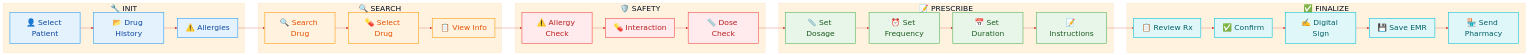
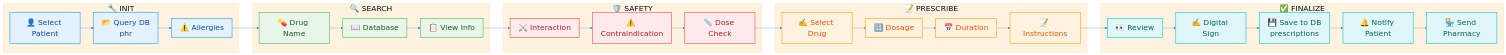
The diagram in Presentations/diagrams/07-prescribing-workflow.mmd (chiraleo2000/Isara-Anywhere), drawn with Mermaid before and after one commit. The commit also changed other lines of this file and 185 other files, not shown here.

```diff
--- a/Presentations/diagrams/07-prescribing-workflow.mmd
+++ b/Presentations/diagrams/07-prescribing-workflow.mmd
@@ -1,82 +1,67 @@
 %%{init: {
   'theme': 'base',
   'themeVariables': {
-    'primaryColor': '#FFEBEE',
-    'primaryTextColor': '#B71C1C',
-    'primaryBorderColor': '#F44336',
-    'lineColor': '#D32F2F',
+    'primaryColor': '#E3F2FD',
+    'primaryTextColor': '#0D47A1',
+    'primaryBorderColor': '#2196F3',
+    'lineColor': '#1976D2',
     'secondaryColor': '#E8F5E9',
     'tertiaryColor': '#FFF3E0',
     'fontSize': '28px',
     'fontFamily': 'Segoe UI, Arial'
   }
 }}%%
 
 flowchart LR
     subgraph INIT["🔧 INIT"]
         A1["👤 Select Patient"]
-        A2["📂 Drug History"]
+        A2["📂 Query DB<br/>phr"]
         A3["⚠️ Allergies"]
     end
 
     subgraph SEARCH["🔍 SEARCH"]
-        B1["🔍 Search Drug"]
-        B2["💊 Select Drug"]
+        B1["💊 Drug Name"]
+        B2["📖 Database"]
         B3["📋 View Info"]
     end
 
     subgraph SAFETY["🛡️ SAFETY"]
-        C1["⚠️ Allergy Check"]
-        C2["💊 Interaction"]
+        C1["⚔️ Interaction"]
+        C2["⚠️ Contraindication"]
         C3["📏 Dose Check"]
     end
 
     subgraph PRESCRIBE["📝 PRESCRIBE"]
-        D1["📏 Set Dosage"]
-        D2["⏰ Set Frequency"]
-        D3["📅 Set Duration"]
+        D1["✍️ Select Drug"]
+        D2["🔢 Dosage"]
+        D3["📅 Duration"]
         D4["📝 Instructions"]
     end
 
     subgraph FINALIZE["✅ FINALIZE"]
-        E1["📋 Review Rx"]
-        E2["✅ Confirm"]
-        E3["✍️ Digital Sign"]
-        E4["💾 Save EMR"]
+        E1["👀 Review"]
+        E2["✍️ Digital Sign"]
+        E3["💾 Save to DB<br/>prescriptions"]
+        E4["🔔 Notify Patient"]
         E5["🏪 Send Pharmacy"]
     end
 
     %% Linear flow
     A1 --> A2 --> A3
     A3 --> B1 --> B2 --> B3
     B3 --> C1 --> C2 --> C3
     C3 --> D1 --> D2 --> D3 --> D4
     D4 --> E1 --> E2 --> E3 --> E4 --> E5
 
     %% Styling
     classDef initStyle fill:#E3F2FD,stroke:#2196F3,stroke-width:2px,color:#0D47A1
-    classDef searchStyle fill:#FFF3E0,stroke:#FF9800,stroke-width:2px,color:#E65100
+    classDef searchStyle fill:#E8F5E9,stroke:#4CAF50,stroke-width:2px,color:#1B5E20
     classDef safetyStyle fill:#FFEBEE,stroke:#F44336,stroke-width:2px,color:#B71C1C
-    classDef prescribeStyle fill:#E8F5E9,stroke:#4CAF50,stroke-width:2px,color:#1B5E20
-    classDef finalStyle fill:#E0F7FA,stroke:#00BCD4,stroke-width:2px,color:#006064
+    classDef prescribeStyle fill:#FFF3E0,stroke:#FF9800,stroke-width:2px,color:#E65100
+    classDef finalizeStyle fill:#E0F7FA,stroke:#00BCD4,stroke-width:2px,color:#006064
 
     class A1,A2,A3 initStyle
     class B1,B2,B3 searchStyle
     class C1,C2,C3 safetyStyle
     class D1,D2,D3,D4 prescribeStyle
-    class E1,E2,E3,E4,E5 finalStyle
-    classDef decisionStyle fill:#FFF8E1,stroke:#FFC107,stroke-width:2px,color:#FF6F00,font-size:14px
-    classDef endStyle fill:#4CAF50,stroke:#2E7D32,stroke-width:2px,color:#FFFFFF,font-size:16px
-    classDef cancelStyle fill:#FFEBEE,stroke:#F44336,stroke-width:2px,color:#B71C1C,font-size:16px
-
-    class TITLE titleStyle
-    class START,END_NODE startStyle
-    class SELECT_PAT,LOAD_HISTORY,LOAD_ALLERGY initStyle
-    class SEARCH_DRUG,SELECT_DRUG,VIEW_INFO searchStyle
-    class CHECK_ALLERGY,CHECK_INTERACT,CHECK_DOSE safetyStyle
-    class ALLERGY_ALERT,INTERACT_ALERT,DOSE_ALERT decisionStyle
-    class SET_DOSE,SET_FREQ,SET_DURATION,SET_QTY,ADD_NOTES prescribeStyle
-    class REVIEW_ALL,ADD_MORE,CONFIRM reviewStyle
-    class SIGN,SAVE,PRINT,SEND_PHARMACY finalStyle
-    class ALERT_BOX1,ALERT_BOX2,ALERT_BOX3 alertStyle
-    class CANCEL_NODE cancelStyle
+    class E1,E2,E3,E4,E5 finalizeStyle
```
